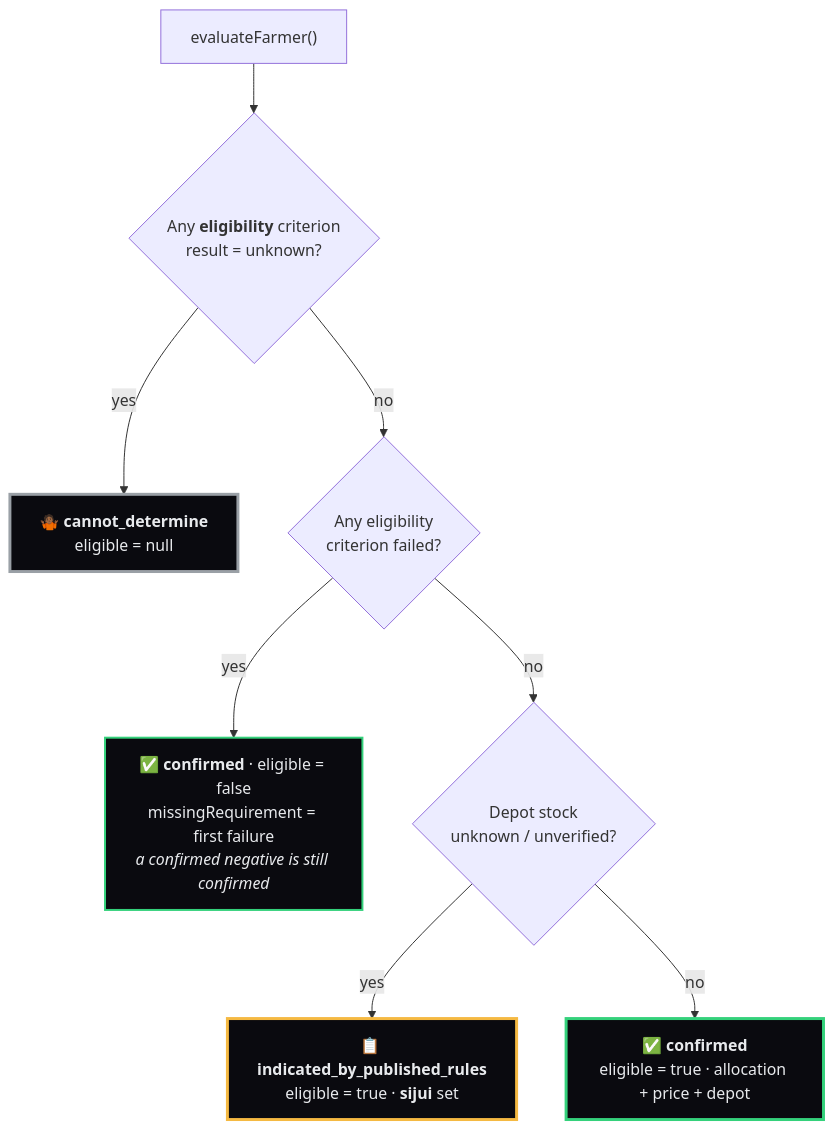
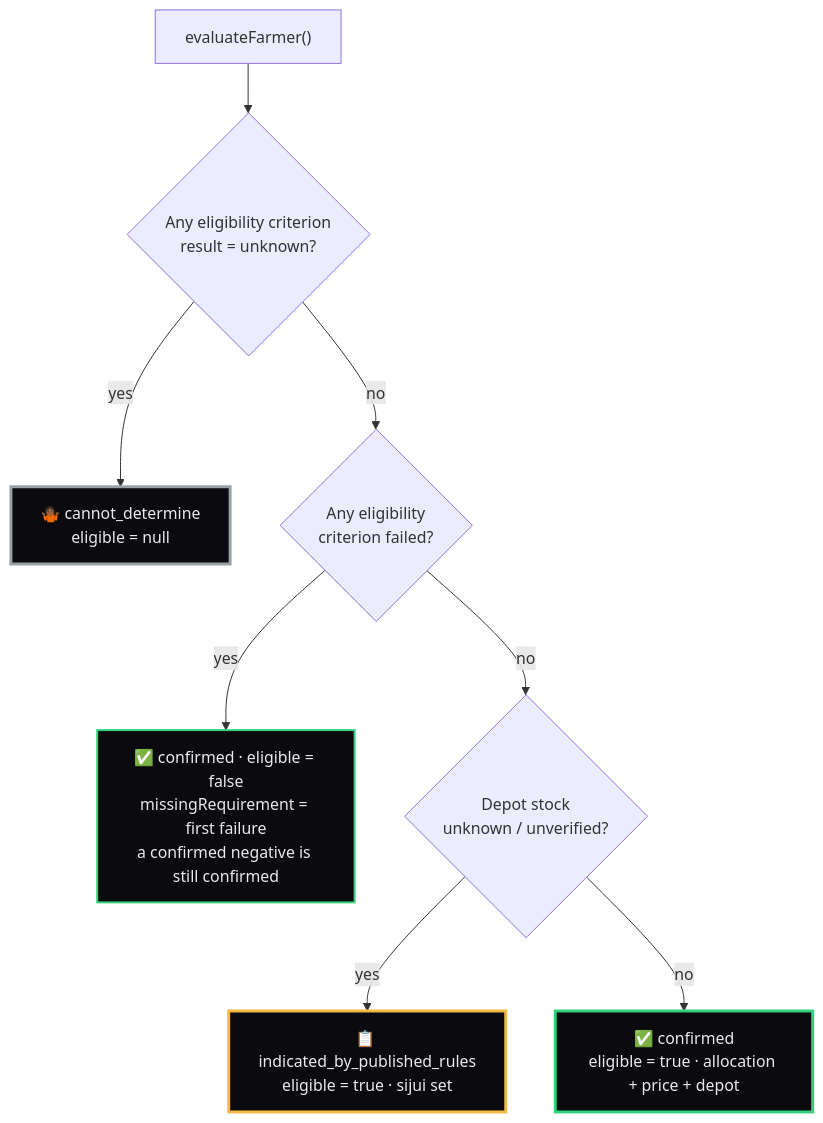
The fifth of 6 diagrams in README.md (Chrisleo-16/terramavuno-jice), drawn with Mermaid before and after one commit. The commit also changed other lines of this file and 5 other files, not shown here.

First line of the commit message:
fix: make ward boundaries legible, lint mermaid for GitHub, add presentation script

````diff
--- a/README.md
+++ b/README.md
@@ -333,15 +333,15 @@
 ```mermaid
 flowchart TD
-    S["evaluateFarmer()"] --> L1{"Any <b>eligibility</b> criterion<br/>result = unknown?"}
-    L1 -->|yes| R3["🤷🏾 <b>cannot_determine</b><br/>eligible = null"]
+    S["evaluateFarmer()"] --> L1{"Any eligibility criterion<br/>result = unknown?"}
+    L1 -->|yes| R3["🤷🏾 cannot_determine<br/>eligible = null"]
     L1 -->|no| L2{"Any eligibility<br/>criterion failed?"}
-    L2 -->|yes| R2["✅ <b>confirmed</b> · eligible = false<br/>missingRequirement = first failure<br/><i>a confirmed negative is still confirmed</i>"]
+    L2 -->|yes| R2["✅ confirmed · eligible = false<br/>missingRequirement = first failure<br/>a confirmed negative is still confirmed"]
     L2 -->|no| L3{"Depot stock<br/>unknown / unverified?"}
-    L3 -->|yes| R1["📋 <b>indicated_by_published_rules</b><br/>eligible = true · <b>sijui</b> set"]
-    L3 -->|no| R0["✅ <b>confirmed</b><br/>eligible = true · allocation + price + depot"]
+    L3 -->|yes| R1["📋 indicated_by_published_rules<br/>eligible = true · sijui set"]
+    L3 -->|no| R0["✅ confirmed<br/>eligible = true · allocation + price + depot"]
 
     style R0 fill:#0a0a0f,stroke:#34d17b,stroke-width:3px,color:#e8eaed
     style R1 fill:#0a0a0f,stroke:#f5b942,stroke-width:3px,color:#e8eaed
     style R2 fill:#0a0a0f,stroke:#34d17b,stroke-width:2px,color:#e8eaed
     style R3 fill:#0a0a0f,stroke:#9aa0a6,stroke-width:3px,color:#e8eaed
 ```
````
